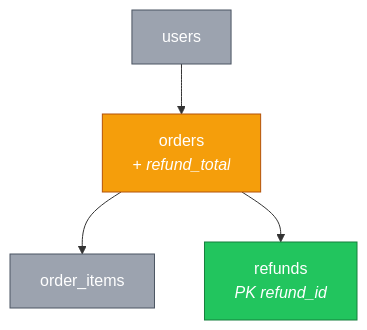
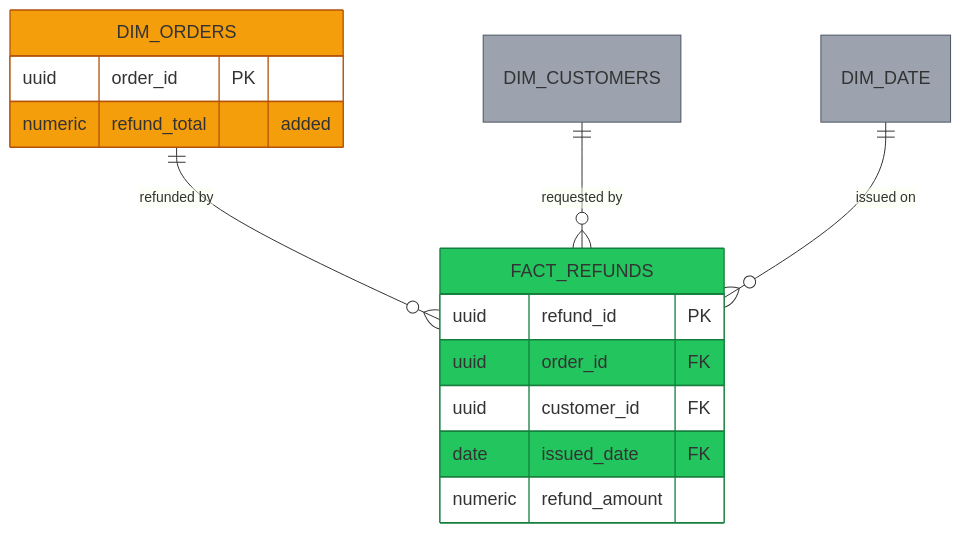
Before and after one commit to zachloertscher/claude-tools: the first of 2 diagrams in skills/mermaid-diagrams/SKILL.md, drawn with Mermaid. The commit also changed other lines of this file and 1 other file, not shown here.

Commit message:
Fix ERD pattern: erDiagram does support classDef in Mermaid 11
The skill claimed erDiagram can't be colored and told the model to fake
an ERD with a flowchart. Tested against mermaid-cli 11.17: classDef and
::: work on entities, so colored ERDs keep real crow's-foot cardinality.

- Rewrite ERD section around erDiagram with a star-schema example
- Note that ERD classDefs must omit color: (white text on white
  attribute rows makes them invisible)
- Rename example mart models to dim_/fact_
- Add a render-verification command to the rendering notes

All diagrams verified visually via mermaid-cli, not just parsed.

````diff
--- a/skills/mermaid-diagrams/SKILL.md
+++ b/skills/mermaid-diagrams/SKILL.md
@@ -54,15 +60,28 @@
 ```mermaid
-flowchart TD
-    classDef newNode fill:#22c55e,stroke:#15803d,color:#fff
-    classDef changedNode fill:#f59e0b,stroke:#b45309,color:#fff
-    classDef existingNode fill:#9ca3af,stroke:#4b5563,color:#fff
+%%{init: {'themeVariables': {'fontSize':'18px'}}}%%
+erDiagram
+    classDef newNode fill:#22c55e,stroke:#15803d
+    classDef changedNode fill:#f59e0b,stroke:#b45309
+    classDef existingNode fill:#9ca3af,stroke:#4b5563
 
-    USERS["users"]:::existingNode
-    ORDERS["orders<br/><i>+ refund_total</i>"]:::changedNode
-    ORDER_ITEMS["order_items"]:::existingNode
-    REFUNDS["refunds<br/><i>PK refund_id</i>"]:::newNode
+    DIM_ORDERS    ||--o{ FACT_REFUNDS : "refunded by"
+    DIM_CUSTOMERS ||--o{ FACT_REFUNDS : "requested by"
+    DIM_DATE      ||--o{ FACT_REFUNDS : "issued on"
 
-    USERS --> ORDERS
-    ORDERS --> ORDER_ITEMS
-    ORDERS --> REFUNDS
+    FACT_REFUNDS {
+        uuid refund_id PK
+        uuid order_id FK
+        uuid customer_id FK
+        date issued_date FK
+        numeric refund_amount
+    }
+    DIM_ORDERS {
+        uuid order_id PK
+        numeric refund_total "added"
+    }
+
+    FACT_REFUNDS:::newNode
+    DIM_ORDERS:::changedNode
+    DIM_CUSTOMERS:::existingNode
+    DIM_DATE:::existingNode
 ```
````
